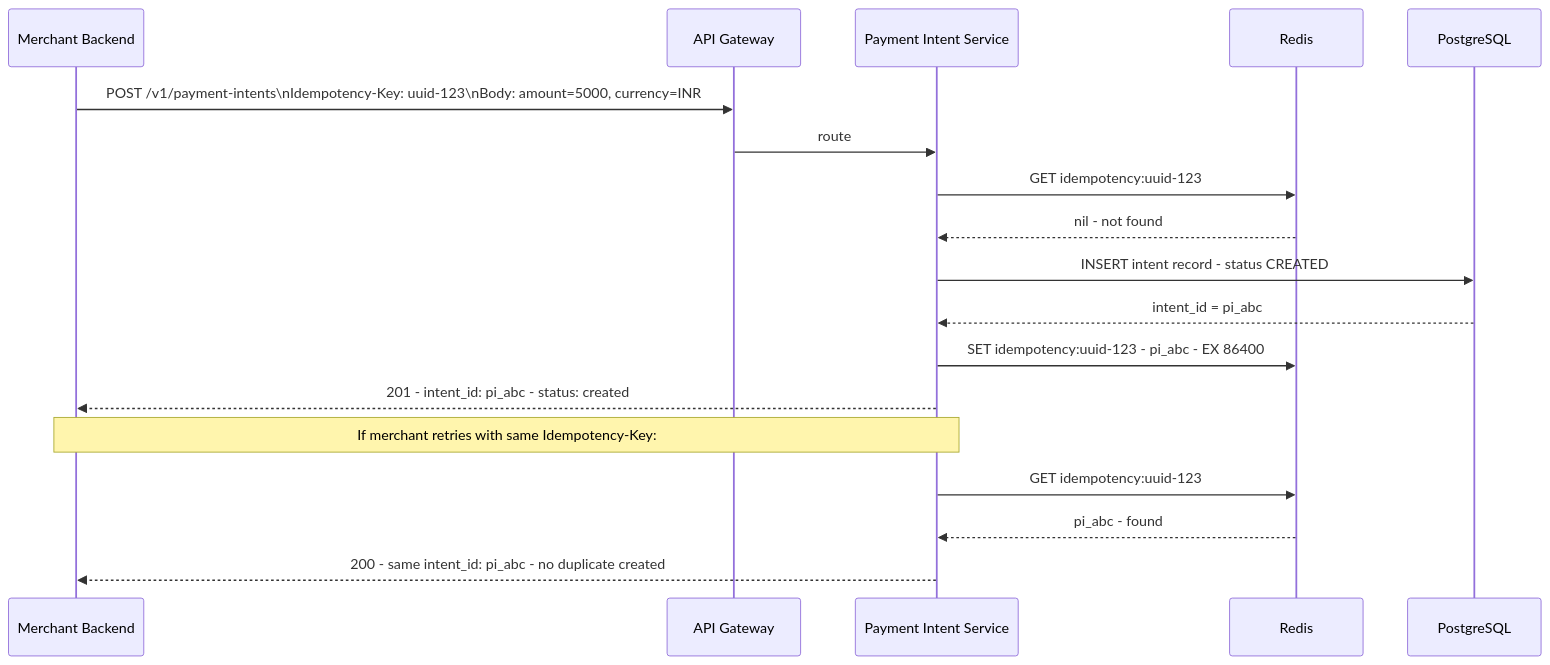
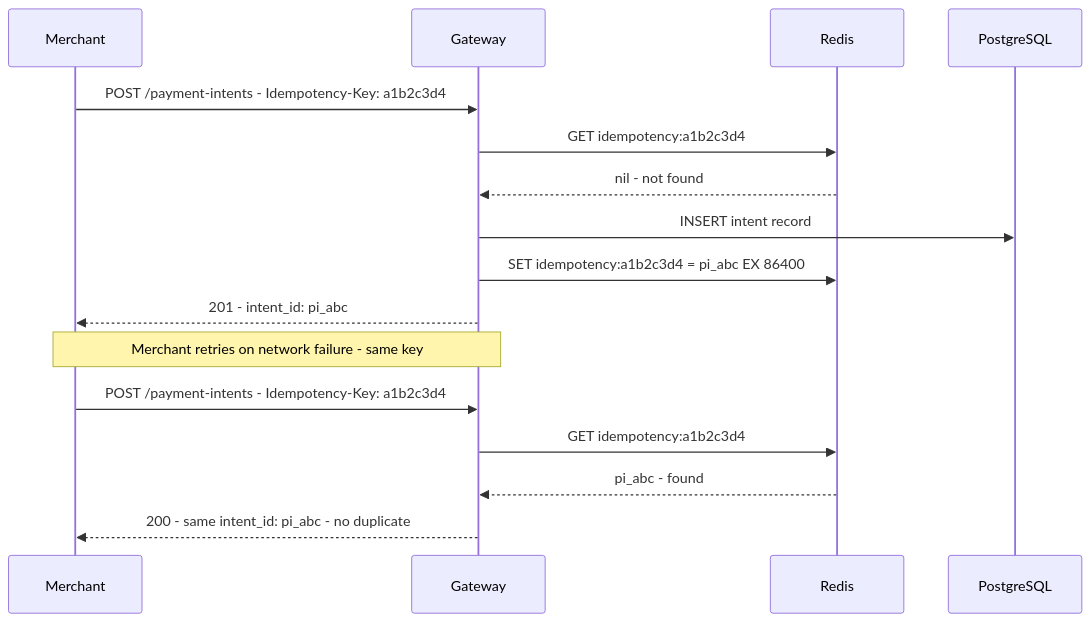
The fourth of 6 diagrams in system-design/latest & updated/payment-gateway-stripe.md (shyamalm88/MechineCoding), drawn with Mermaid before and after one commit. The commit also changed other lines of this file and 9 other files, not shown here.

````diff
--- a/system-design/latest & updated/payment-gateway-stripe.md
+++ b/system-design/latest & updated/payment-gateway-stripe.md
@@ -321,22 +314,20 @@
 ```mermaid
 sequenceDiagram
-    participant M as Merchant Backend
-    participant GW as API Gateway
-    participant PIS as Payment Intent Service
+    participant M as Merchant
+    participant GW as Gateway
     participant Redis as Redis
     participant DB as PostgreSQL
 
-    M->>GW: POST /v1/payment-intents\nIdempotency-Key: uuid-123\nBody: amount=5000, currency=INR
-    GW->>PIS: route
-    PIS->>Redis: GET idempotency:uuid-123
-    Redis-->>PIS: nil - not found
-    PIS->>DB: INSERT intent record - status CREATED
-    DB-->>PIS: intent_id = pi_abc
-    PIS->>Redis: SET idempotency:uuid-123 - pi_abc - EX 86400
-    PIS-->>M: 201 - intent_id: pi_abc - status: created
+    M->>GW: POST /payment-intents - Idempotency-Key: a1b2c3d4
+    GW->>Redis: GET idempotency:a1b2c3d4
+    Redis-->>GW: nil - not found
+    GW->>DB: INSERT intent record
+    GW->>Redis: SET idempotency:a1b2c3d4 = pi_abc EX 86400
+    GW-->>M: 201 - intent_id: pi_abc
 
-    Note over M,PIS: If merchant retries with same Idempotency-Key:
-    PIS->>Redis: GET idempotency:uuid-123
-    Redis-->>PIS: pi_abc - found
-    PIS-->>M: 200 - same intent_id: pi_abc - no duplicate created
+    Note over M,GW: Merchant retries on network failure - same key
+    M->>GW: POST /payment-intents - Idempotency-Key: a1b2c3d4
+    GW->>Redis: GET idempotency:a1b2c3d4
+    Redis-->>GW: pi_abc - found
+    GW-->>M: 200 - same intent_id: pi_abc - no duplicate
 ```
````
